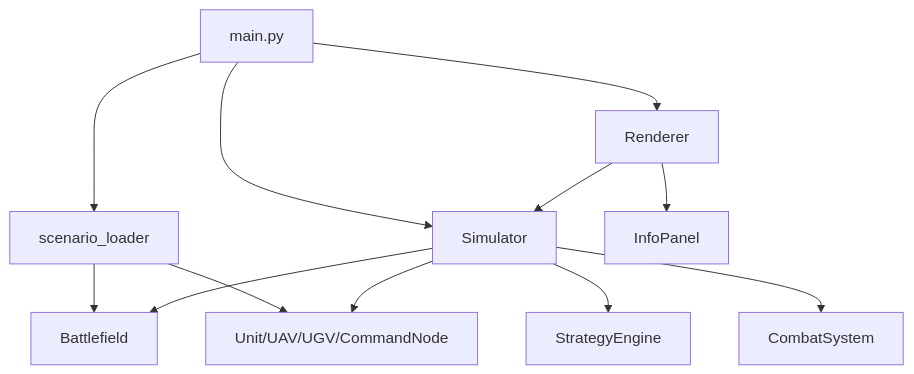
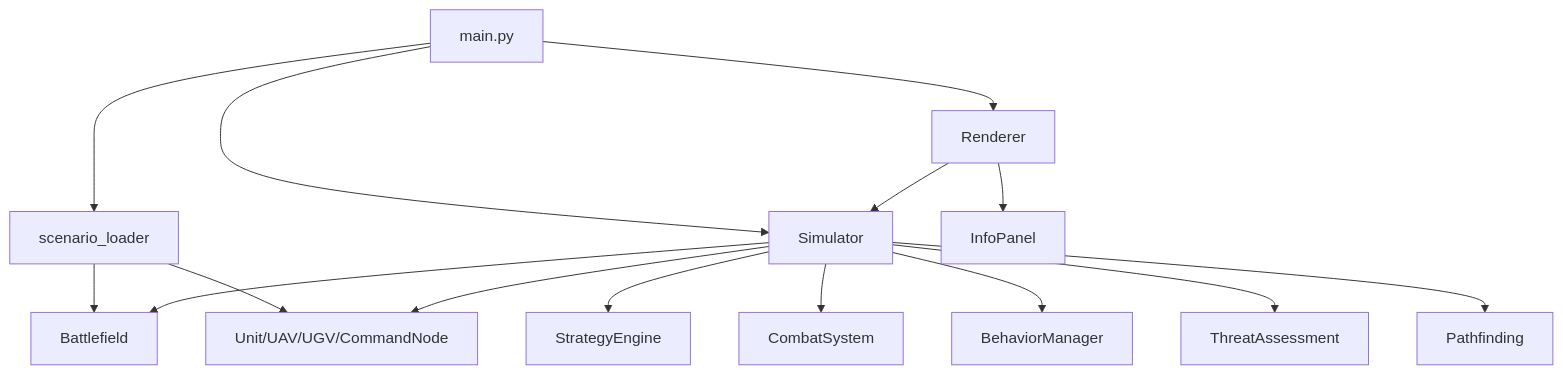
One commit to genfa-bit/UAV_WarGame changed the first of 3 diagrams in docs/概要设计.md. Above: the diagram before and after it, drawn with Mermaid. The commit also changed other lines of this file and 6 other files, not shown here.

````diff
--- a/docs/概要设计.md
+++ b/docs/概要设计.md
@@ -14,14 +14,17 @@
 ```mermaid
 flowchart TB
     Main[main.py] --> Loader[scenario_loader]
     Loader --> Battlefield[Battlefield]
     Loader --> Units[Unit/UAV/UGV/CommandNode]
     Main --> Simulator[Simulator]
     Simulator --> Strategy[StrategyEngine]
     Simulator --> Combat[CombatSystem]
+    Simulator --> Behavior[BehaviorManager]
+    Simulator --> Threat[ThreatAssessment]
+    Simulator --> Pathfinding[Pathfinding]
     Simulator --> Battlefield
     Simulator --> Units
     Main --> Renderer[Renderer]
     Renderer --> Panel[InfoPanel]
     Renderer --> Simulator
 ```
````
